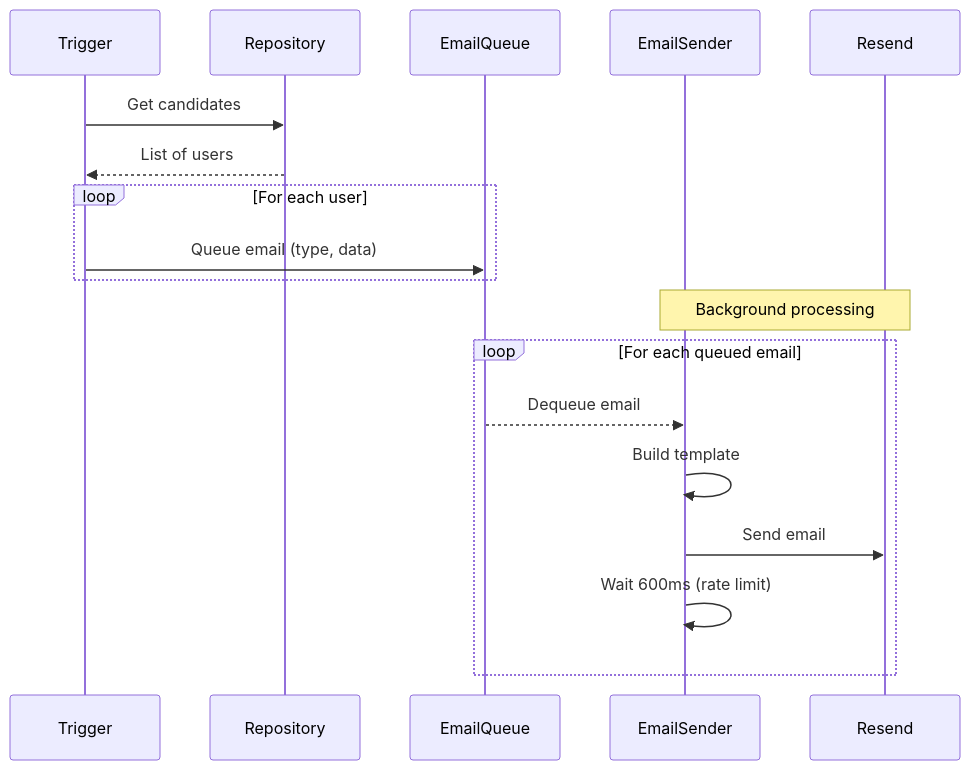
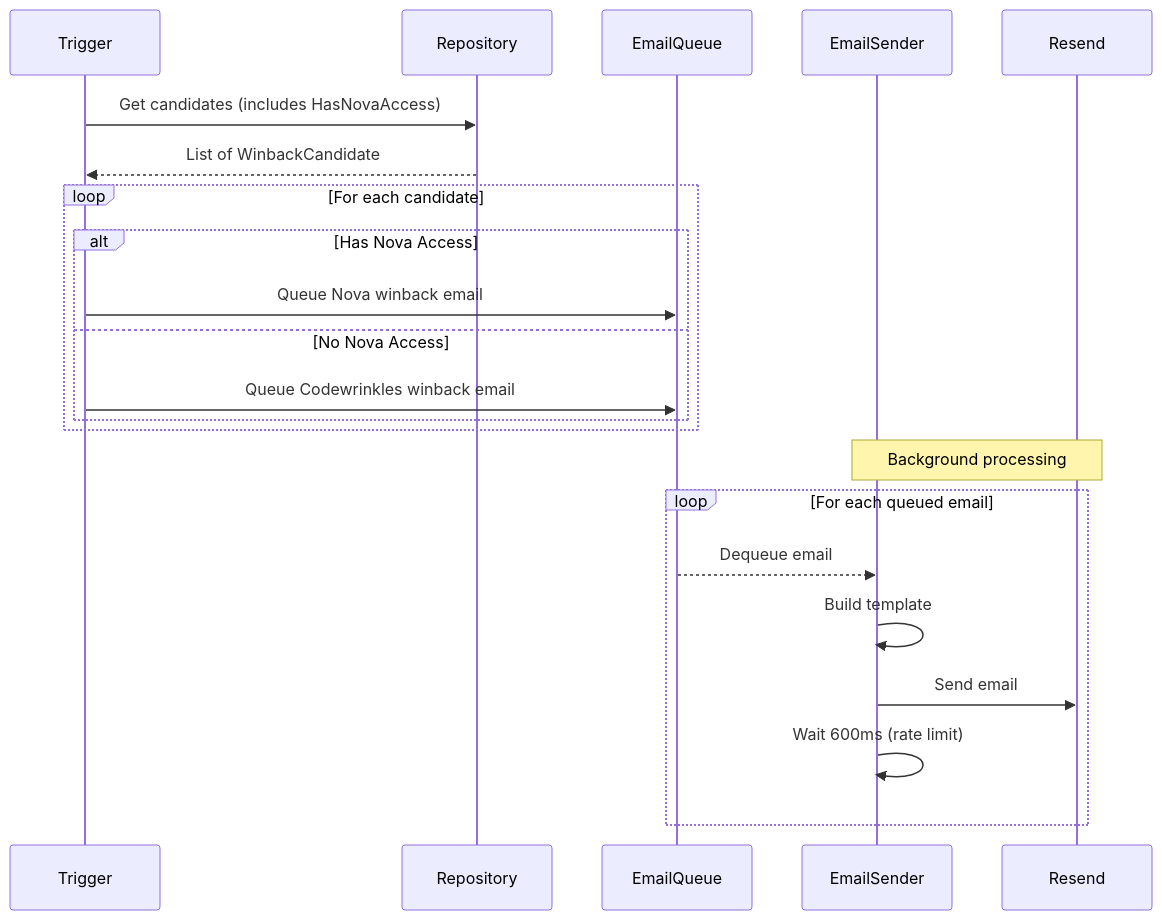
One commit to Codewrinkles/universe changed the second of 2 diagrams in docs/features/email/diagrams/email-types.md. Above: the diagram before and after it, drawn with Mermaid. The commit also changed other lines of this file and 15 other files, not shown here.

First line of the commit message:
refactor: Simplify email re-engagement to Nova-aware winback system

````diff
--- a/docs/features/email/diagrams/email-types.md
+++ b/docs/features/email/diagrams/email-types.md
@@ -60,22 +60,26 @@
 ```mermaid
 sequenceDiagram
     participant T as Trigger
     participant R as Repository
     participant Q as EmailQueue
     participant S as EmailSender
     participant API as Resend
 
-    T->>R: Get candidates
-    R-->>T: List of users
-    loop For each user
-        T->>Q: Queue email (type, data)
+    T->>R: Get candidates (includes HasNovaAccess)
+    R-->>T: List of WinbackCandidate
+    loop For each candidate
+        alt Has Nova Access
+            T->>Q: Queue Nova winback email
+        else No Nova Access
+            T->>Q: Queue Codewrinkles winback email
+        end
     end
 
     Note over S,API: Background processing
     loop For each queued email
         Q-->>S: Dequeue email
         S->>S: Build template
         S->>API: Send email
         S->>S: Wait 600ms (rate limit)
     end
 ```
````
